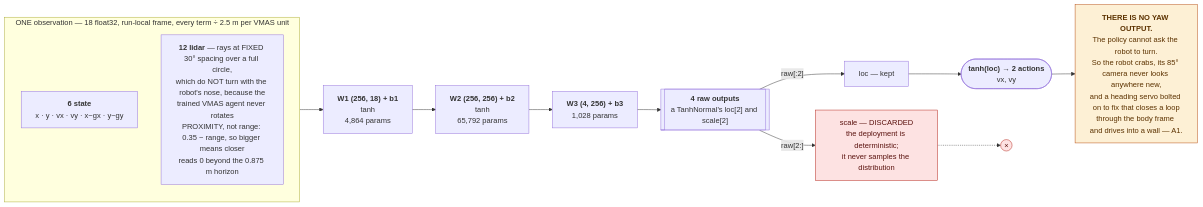
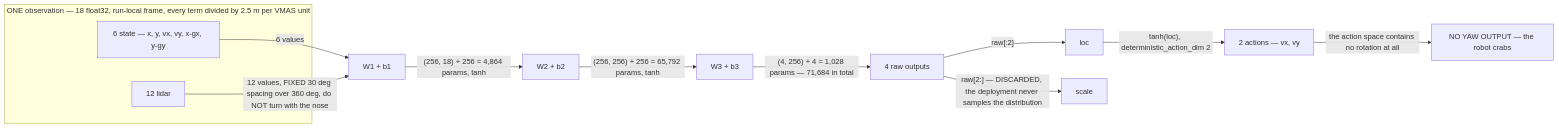
One commit to armwaheed/mappo-arm-cloud-physical-ai changed the second of 4 diagrams in docs/WHITEPAPER.md. Above: the diagram before and after it, drawn with Mermaid. The commit also changed other lines of this file, not shown here.

First line of the commit message:
Whitepaper: rebuild every diagram so each edge carries a measured number

````diff
--- a/docs/WHITEPAPER.md
+++ b/docs/WHITEPAPER.md
@@ -213,25 +197,25 @@
 ```mermaid
 flowchart LR
-    subgraph OBSV["ONE observation — 18 float32, run-local frame, every term ÷ 2.5 m per VMAS unit"]
-      direction TB
-      ST["<b>6 state</b><br/>x · y · vx · vy · x−gx · y−gy"]
-      LID["<b>12 lidar</b> — rays at FIXED 30° spacing over a full circle,<br/>which do NOT turn with the robot's nose, because the<br/>trained VMAS agent never rotates<br/>PROXIMITY, not range: 0.35 − range, so bigger means closer<br/>reads 0 beyond the 0.875 m horizon"]
+    subgraph OBS["ONE observation — 18 float32, run-local frame, every term divided by 2.5 m per VMAS unit"]
+      STATE["6 state — x, y, vx, vy, x-gx, y-gy"]
+      LIDAR[12 lidar]
     end
+    W1[W1 + b1]
+    W2[W2 + b2]
+    W3[W3 + b3]
+    RAW[4 raw outputs]
+    LOC[loc]
+    SCALE[scale]
+    OUT["2 actions — vx, vy"]
+    YAW["NO YAW OUTPUT — the robot crabs"]
 
-    OBSV --> L1["<b>W1 (256, 18) + b1</b><br/>tanh<br/>4,864 params"]
-    L1 --> L2["<b>W2 (256, 256) + b2</b><br/>tanh<br/>65,792 params"]
-    L2 --> L3["<b>W3 (4, 256) + b3</b><br/>1,028 params"]
-    L3 --> RAW[["<b>4 raw outputs</b><br/>a TanhNormal's loc[2] and scale[2]"]]
-
-    RAW -- "raw[:2]" --> LOC["loc — kept"]
-    RAW -- "raw[2:]" --> SC["scale — DISCARDED<br/>the deployment is deterministic;<br/>it never samples the distribution"]
-    LOC --> ACT(["<b>tanh(loc) → 2 actions</b><br/>vx, vy"])
-    SC -.-> X(("×"))
-
-    ACT --> NOYAW["<b>THERE IS NO YAW OUTPUT.</b><br/>The policy cannot ask the robot to turn.<br/>So the robot crabs, its 85° camera never looks anywhere new,<br/>and a heading servo bolted on to fix that closes a loop<br/>through the body frame and drives into a wall — A1."]
-
-    classDef drop fill:#fde2e2,stroke:#b42318,color:#5c1410;
-    classDef punch fill:#fdf0d5,stroke:#b54708,color:#5c3200;
-    class SC,X drop;
-    class NOYAW punch;
+    STATE -- "6 values" --> W1
+    LIDAR -- "12 values, FIXED 30 deg spacing over 360 deg, do NOT turn with the nose" --> W1
+    W1 -- "(256, 18) + 256 = 4,864 params, tanh" --> W2
+    W2 -- "(256, 256) + 256 = 65,792 params, tanh" --> W3
+    W3 -- "(4, 256) + 4 = 1,028 params — 71,684 in total" --> RAW
+    RAW -- "raw[:2]" --> LOC
+    RAW -- "raw[2:] — DISCARDED, the deployment never samples the distribution" --> SCALE
+    LOC -- "tanh(loc), deterministic_action_dim 2" --> OUT
+    OUT -- "the action space contains no rotation at all" --> YAW
 ```
````
